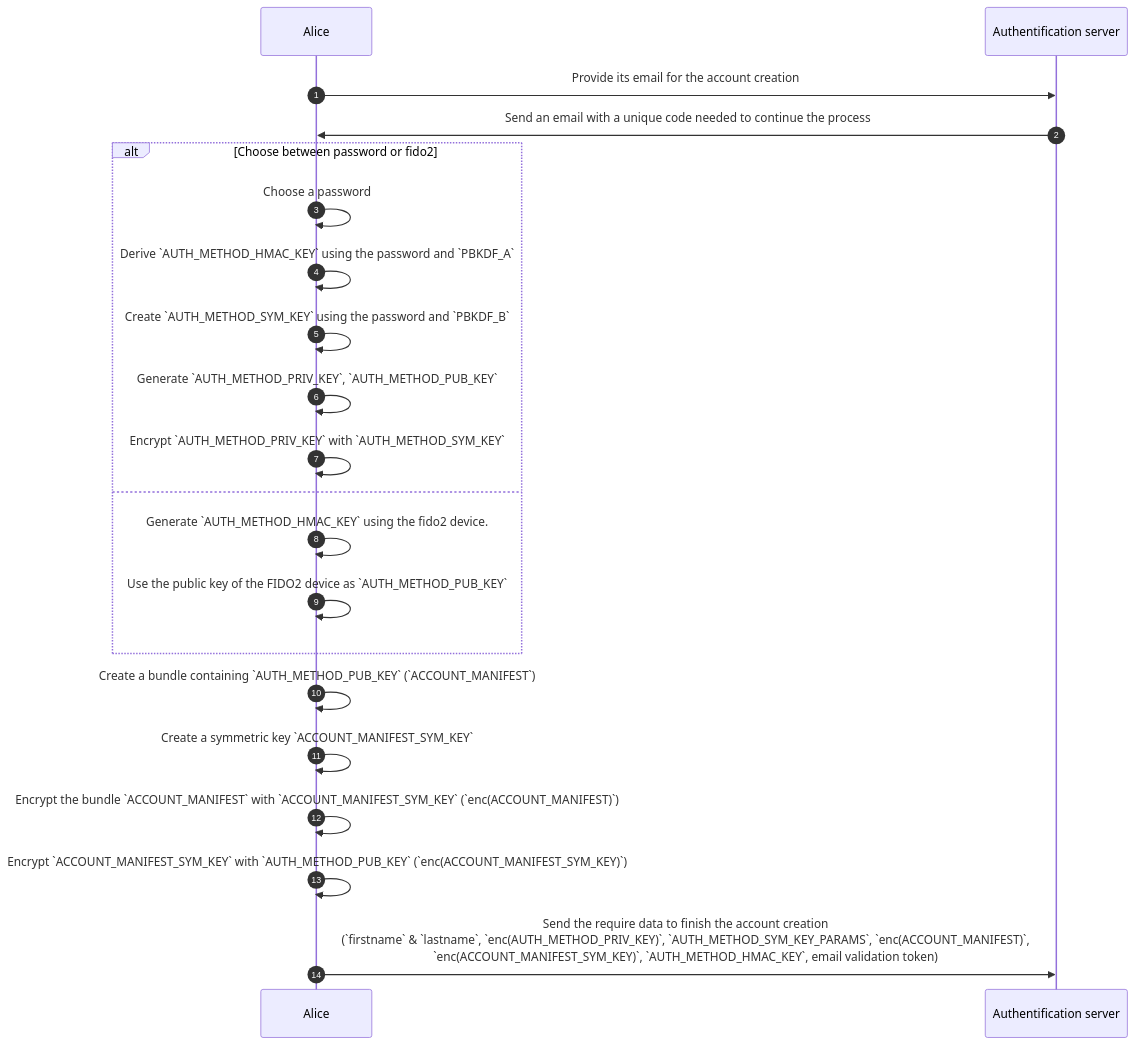
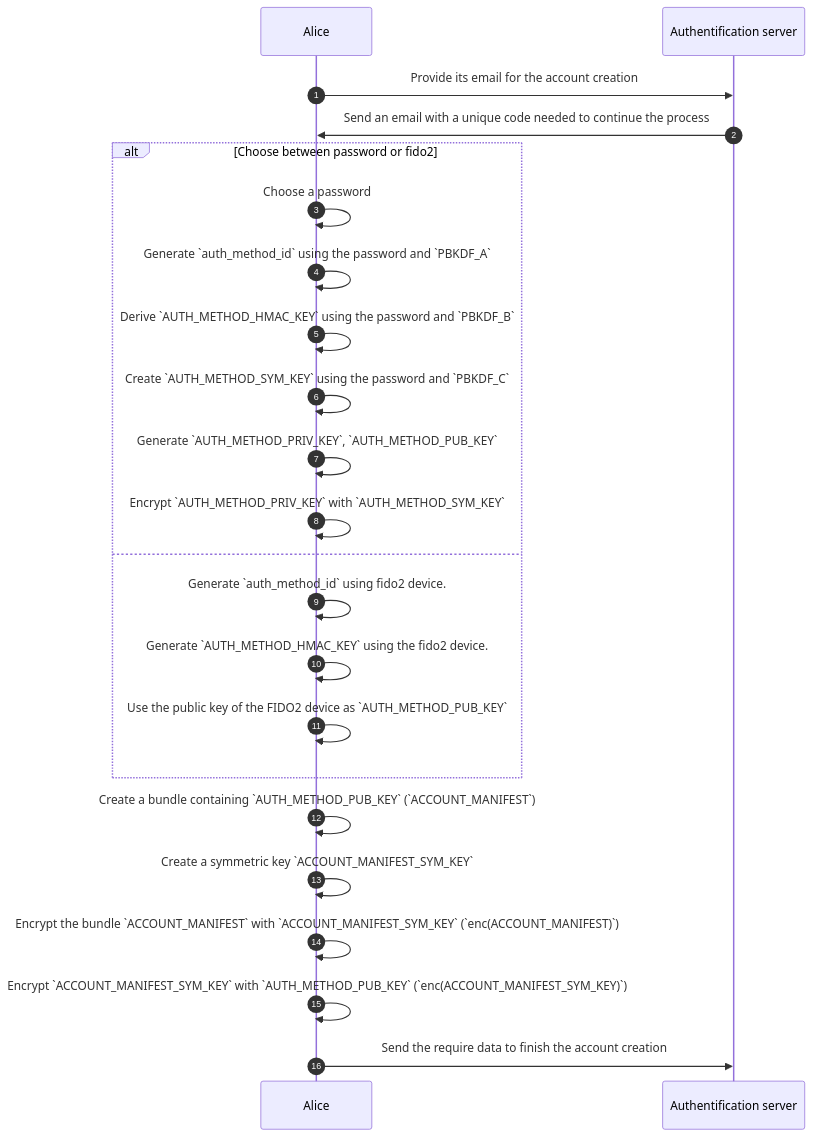
The second of 8 diagrams in docs/rfcs/1012-parsec-auth.md (Scille/parsec-cloud), drawn with Mermaid before and after one commit. The commit also changed other lines of this file, not shown here.

Commit message:
fixup! feat(rfc): Add RFC Parsec auth

````diff
--- a/docs/rfcs/1012-parsec-auth.md
+++ b/docs/rfcs/1012-parsec-auth.md
@@ -110,25 +115,27 @@
 ```mermaid
 sequenceDiagram
   autonumber
   participant Alice
   participant S as Authentification server
 
   Alice ->> S: Provide its email for the account creation
   S ->> Alice: Send an email with a unique code needed to continue the process
   alt Choose between password or fido2
     Alice ->> Alice: Choose a password
-    Alice ->> Alice: Derive `AUTH_METHOD_HMAC_KEY` using the password and `PBKDF_A`
-    Alice ->> Alice: Create `AUTH_METHOD_SYM_KEY` using the password and `PBKDF_B`
+    Alice ->> Alice: Generate `auth_method_id` using the password and `PBKDF_A`
+    Alice ->> Alice: Derive `AUTH_METHOD_HMAC_KEY` using the password and `PBKDF_B`
+    Alice ->> Alice: Create `AUTH_METHOD_SYM_KEY` using the password and `PBKDF_C`
     Alice ->> Alice: Generate `AUTH_METHOD_PRIV_KEY`, `AUTH_METHOD_PUB_KEY`
     Alice ->> Alice: Encrypt `AUTH_METHOD_PRIV_KEY` with `AUTH_METHOD_SYM_KEY`
   else
+    Alice ->> Alice: Generate `auth_method_id` using fido2 device.
     Alice ->> Alice: Generate `AUTH_METHOD_HMAC_KEY` using the fido2 device.
     Alice ->> Alice: Use the public key of the FIDO2 device as `AUTH_METHOD_PUB_KEY`
   end
 
   Alice ->> Alice: Create a bundle containing `AUTH_METHOD_PUB_KEY` (`ACCOUNT_MANIFEST`)
   Alice ->> Alice: Create a symmetric key `ACCOUNT_MANIFEST_SYM_KEY`
   Alice ->> Alice: Encrypt the bundle `ACCOUNT_MANIFEST` with `ACCOUNT_MANIFEST_SYM_KEY` (`enc(ACCOUNT_MANIFEST)`)
   Alice ->> Alice: Encrypt `ACCOUNT_MANIFEST_SYM_KEY` with `AUTH_METHOD_PUB_KEY` (`enc(ACCOUNT_MANIFEST_SYM_KEY)`)
-  Alice ->> S: Send the require data to finish the account creation<br>(`firstname` & `lastname`, `enc(AUTH_METHOD_PRIV_KEY)`, `AUTH_METHOD_SYM_KEY_PARAMS`, `enc(ACCOUNT_MANIFEST)`,<br>`enc(ACCOUNT_MANIFEST_SYM_KEY)`, `AUTH_METHOD_HMAC_KEY`, email validation token)
+  Alice ->> S: Send the require data to finish the account creation
 ```
````
